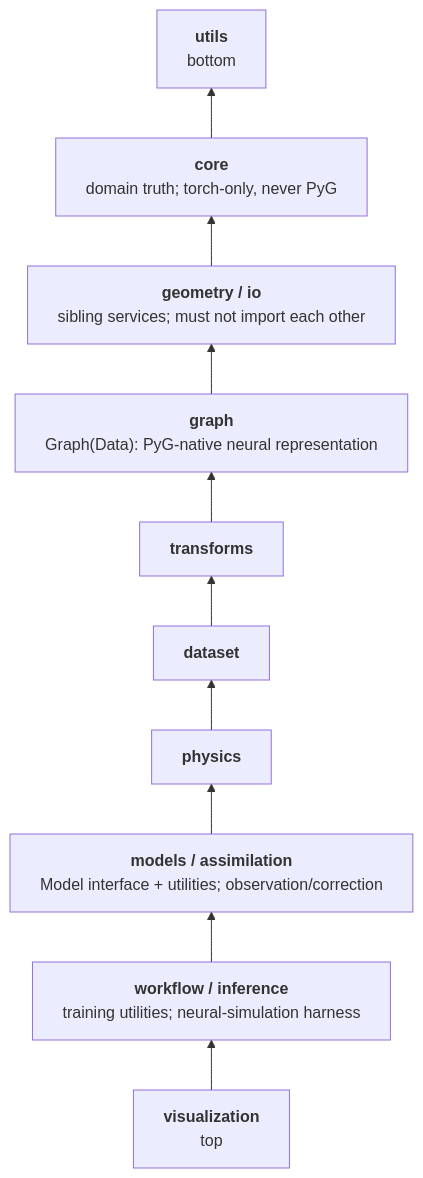
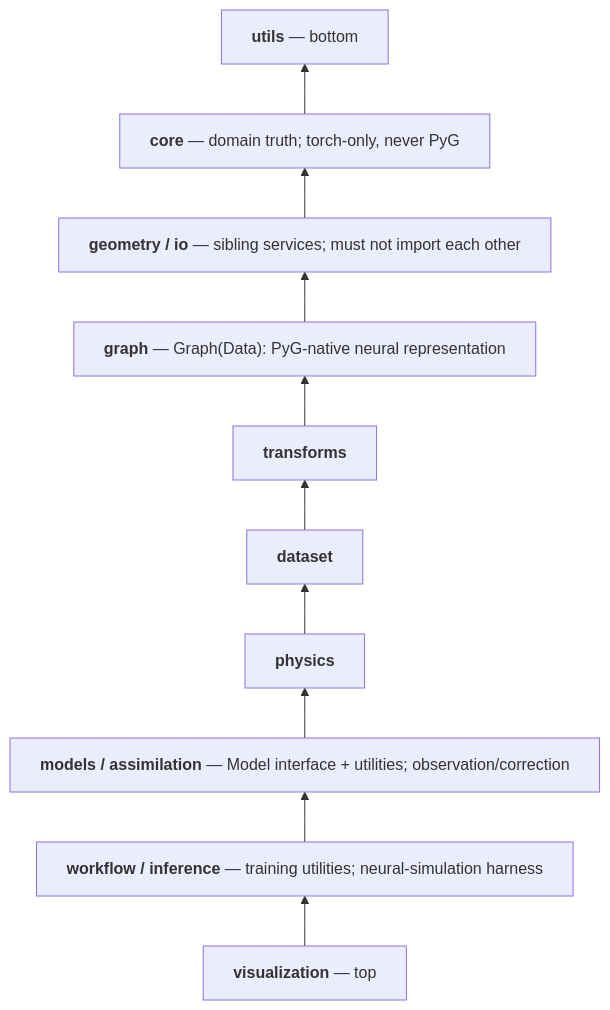
The third of 4 diagrams in architecture/ARCHITECTURE.md (XYChouMian/caegraph), drawn with Mermaid before and after one commit. The commit also changed other lines of this file and 7 other files, not shown here.

Commit message:
docs(mermaid): compact vertical flow labels

````diff
--- a/architecture/ARCHITECTURE.md
+++ b/architecture/ARCHITECTURE.md
@@ -150,19 +150,19 @@
 ```mermaid
 flowchart BT
     classDef nowrap white-space:nowrap
 
-    A["<b>utils</b><br>bottom"]
-    B["<b>core</b><br>domain truth; torch-only, never PyG"]
-    C["<b>geometry / io</b><br>sibling services; must not import each other"]
-    D["<b>graph</b><br>Graph(Data): PyG-native neural representation"]
+    A["<b>utils</b> — bottom"]
+    B["<b>core</b> — domain truth; torch-only, never PyG"]
+    C["<b>geometry / io</b> — sibling services; must not import each other"]
+    D["<b>graph</b> — Graph(Data): PyG-native neural representation"]
     E["<b>transforms</b>"]
     F["<b>dataset</b>"]
     G["<b>physics</b>"]
-    H["<b>models / assimilation</b><br>Model interface + utilities; observation/correction"]
-    I["<b>workflow / inference</b><br>training utilities; neural-simulation harness"]
-    J["<b>visualization</b><br>top"]
+    H["<b>models / assimilation</b> — Model interface + utilities; observation/correction"]
+    I["<b>workflow / inference</b> — training utilities; neural-simulation harness"]
+    J["<b>visualization</b> — top"]
 
     J --> I --> H --> G --> F --> E --> D --> C --> B --> A
 
     class A,B,C,D,E,F,G,H,I,J nowrap
 ```
````
